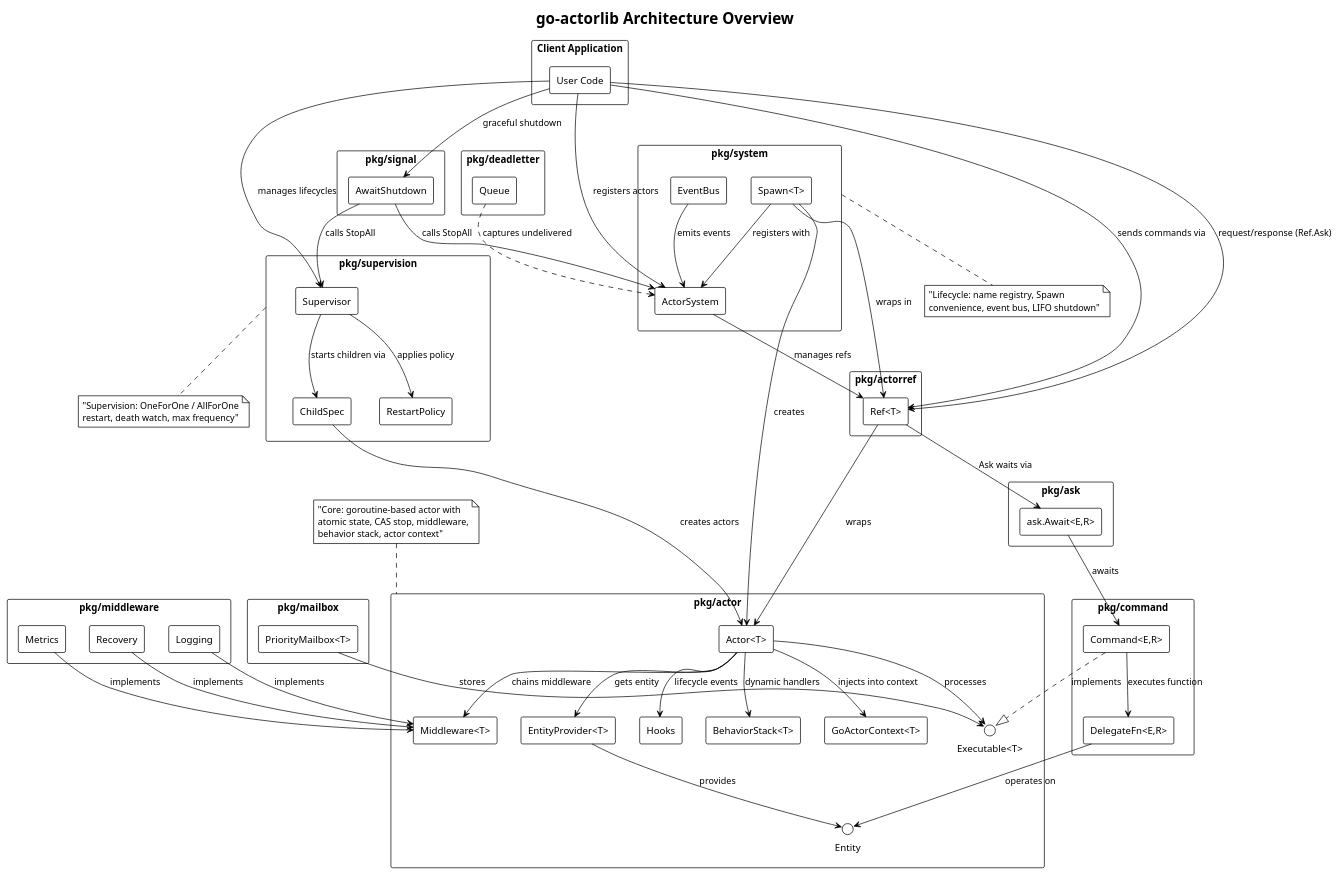
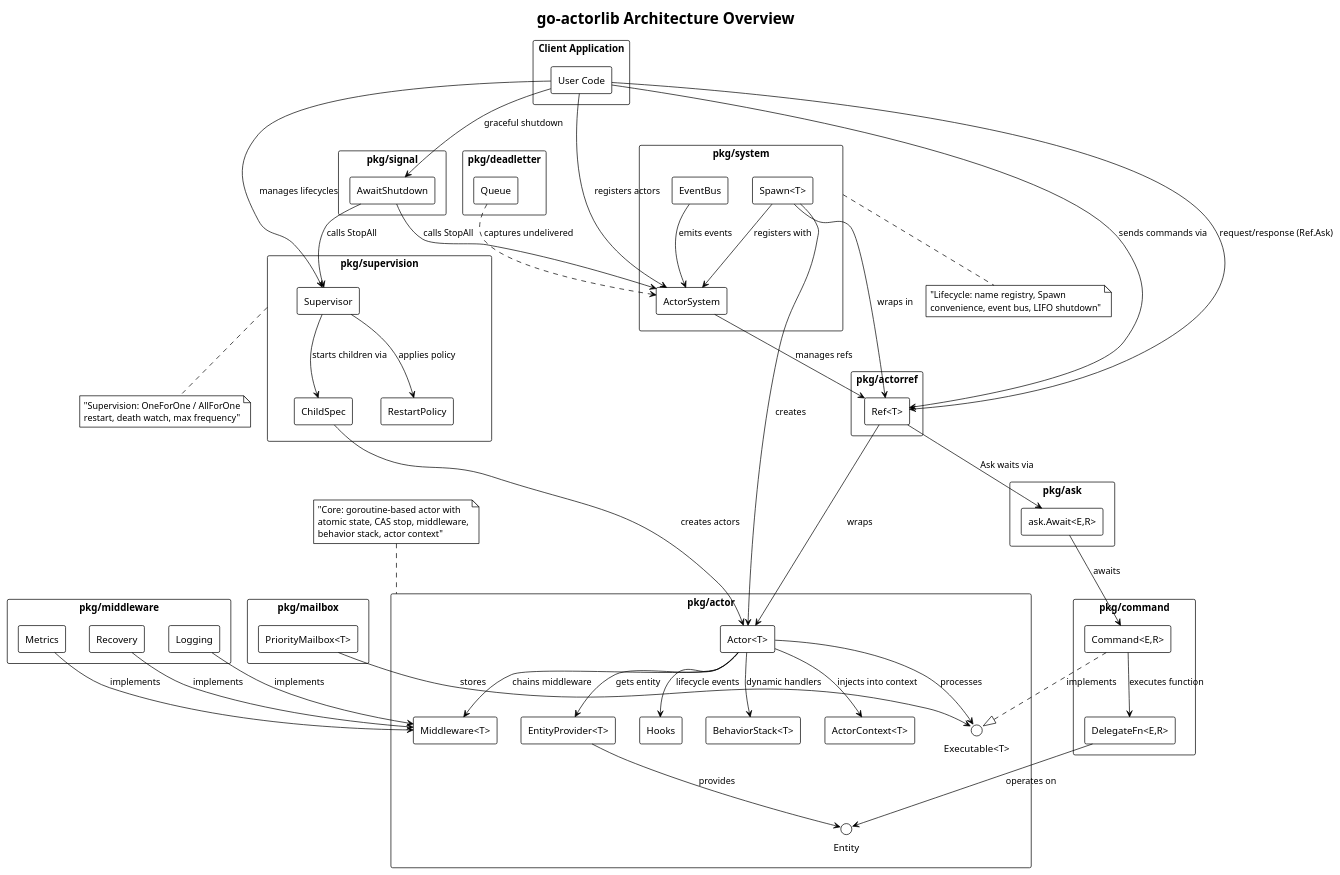
Before and after one commit to barnowlsnest/go-actorlib: the diagram in docs/architecture.puml, drawn with PlantUML. The commit also changed 7 other files, not shown here.

```diff
--- a/docs/architecture.puml
+++ b/docs/architecture.puml
@@ -1,126 +1,126 @@
 @startuml go-actorlib-architecture
 !theme plain
 skinparam backgroundColor #FFFFFF
 skinparam componentStyle rectangle
 skinparam packageStyle rectangle
 
 title go-actorlib Architecture Overview
 
 package "Client Application" as client {
   component [User Code] as user
 }
 
 package "pkg/actor" as actor_pkg {
   component [Actor<T>] as actor
   component [EntityProvider<T>] as provider
   component [Hooks] as hooks
   component [BehaviorStack<T>] as behavior
-  component [GoActorContext<T>] as actorctx
+  component [ActorContext<T>] as actorctx
   component [Middleware<T>] as mw
   interface "Entity" as entity
   interface "Executable<T>" as executable
 }
 
 package "pkg/actorref" as ref_pkg {
   component [Ref<T>] as ref
 }
 
 package "pkg/command" as command_pkg {
   component [Command<E,R>] as command
   component [DelegateFn<E,R>] as delegate
 }
 
 package "pkg/ask" as ask_pkg {
   component [ask.Await<E,R>] as ask
 }
 
 package "pkg/system" as system_pkg {
   component [ActorSystem] as system
   component [Spawn<T>] as spawn
   component [EventBus] as eventbus
 }
 
 package "pkg/supervision" as sup_pkg {
   component [Supervisor] as supervisor
   component [ChildSpec] as childspec
   component [RestartPolicy] as restartpolicy
 }
 
 package "pkg/middleware" as middleware_pkg {
   component [Logging] as logging
   component [Metrics] as metrics
   component [Recovery] as recovery
 }
 
 package "pkg/deadletter" as dl_pkg {
   component [Queue] as dlq
 }
 
 package "pkg/signal" as signal_pkg {
   component [AwaitShutdown] as signal
 }
 
 package "pkg/mailbox" as mailbox_pkg {
   component [PriorityMailbox<T>] as priombox
 }
 
 ' Client relationships
 user --> ref : sends commands via
 user --> ref : request/response (Ref.Ask)
 user --> system : registers actors
 user --> supervisor : manages lifecycles
 user --> signal : graceful shutdown
 
 ' Core actor relationships
 ref --> actor : wraps
 actor --> provider : gets entity
 actor --> hooks : lifecycle events
 actor --> executable : processes
 actor --> behavior : dynamic handlers
 actor --> actorctx : injects into context
 actor --> mw : chains middleware
 provider --> entity : provides
 command ..|> executable : implements
 
 ' Command relationships
 command --> delegate : executes function
 delegate --> entity : operates on
 
 ' Ask uses Ref
 ref --> ask : Ask waits via
 ask --> command : awaits
 
 ' System relationships
 system --> ref : manages refs
 spawn --> actor : creates
 spawn --> ref : wraps in
 spawn --> system : registers with
 eventbus --> system : emits events
 
 ' Supervision
 supervisor --> childspec : starts children via
 supervisor --> restartpolicy : applies policy
 childspec --> actor : creates actors
 
 ' Middleware implementations
 logging --> mw : implements
 metrics --> mw : implements
 recovery --> mw : implements
 
 ' Signal integration
 signal --> system : calls StopAll
 signal --> supervisor : calls StopAll
 
 ' Priority mailbox
 priombox --> executable : stores
 
 ' Dead letter queue
 dlq ..> system : captures undelivered
 
 note top of actor_pkg : "Core: goroutine-based actor with\natomic state, CAS stop, middleware,\nbehavior stack, actor context"
 
 note bottom of system_pkg : "Lifecycle: name registry, Spawn\nconvenience, event bus, LIFO shutdown"
 
 note bottom of sup_pkg : "Supervision: OneForOne / AllForOne\nrestart, death watch, max frequency"
 
 @enduml
```
